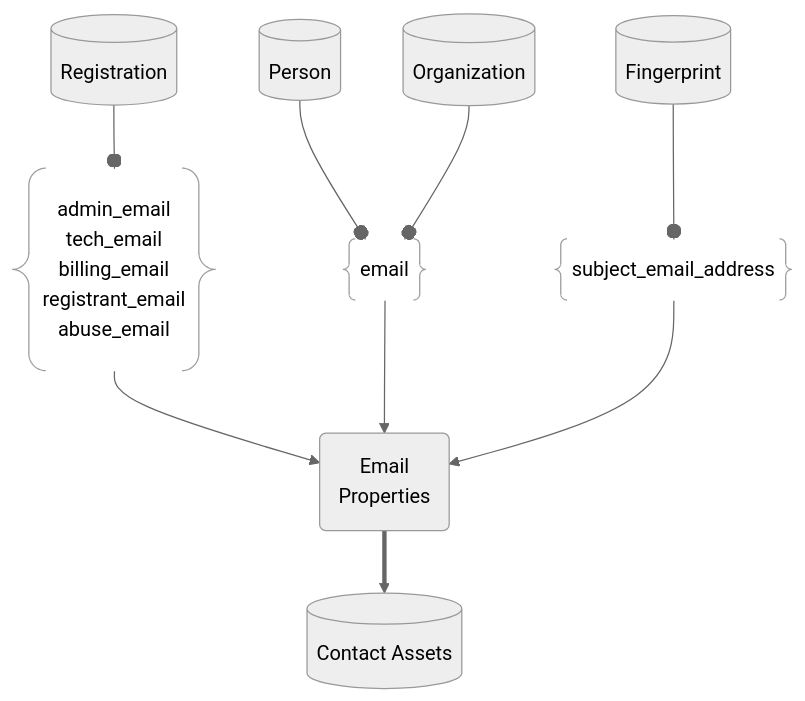
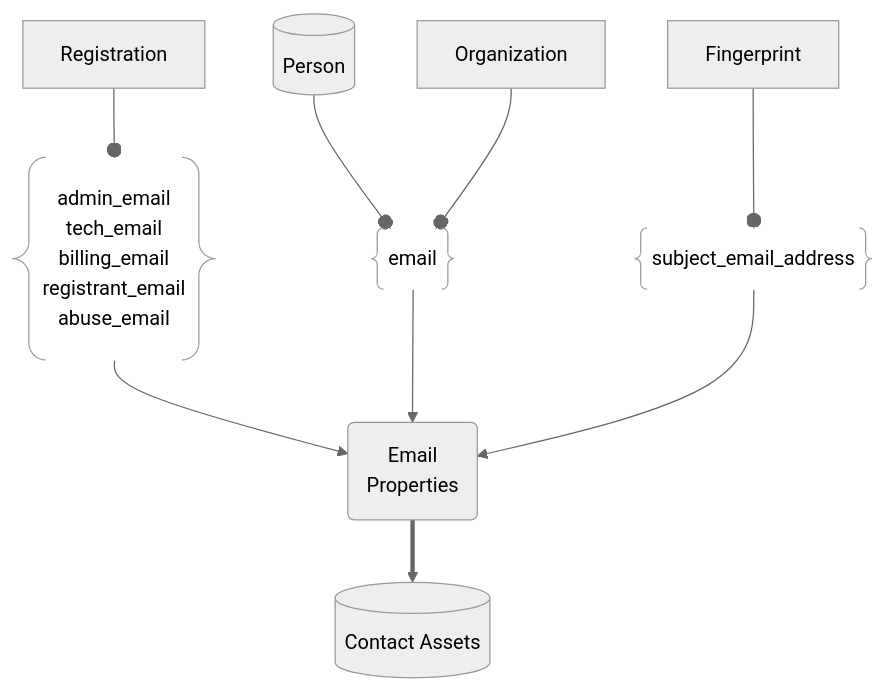
The diagram in docs/open-asset-model/contact.md (owasp-amass/docs), drawn with Mermaid (neutral theme) before and after one commit.

````diff
--- a/docs/open-asset-model/contact.md
+++ b/docs/open-asset-model/contact.md
@@ -38,32 +38,32 @@
 ``` mermaid
 graph TD
 Contact[("Contact Assets")]
 Email("Email
 Properties")
 
 Email ==> Contact
 
 Person[("Person")]
-Organization[("Organization")]
-TLSCertificate[("Fingerprint")]
-Registration[("Registration")]
+Organization["Organization"]
+TLSCertificate["Fingerprint"]
+Registration["Registration"]
 
 registrationEmail@{ shape: braces, label: "admin_email
 tech_email
 billing_email
 registrant_email
 abuse_email"}
 
 personEmail@{ shape: braces, label: "email"}
 tlsEmail@{ shape: braces, label: "subject_email_address"}
 
 registrationEmail --> Email
 Registration --o registrationEmail
 
 personEmail --> Email
 Person --o personEmail
 Organization --o personEmail 
 
 tlsEmail --> Email
 TLSCertificate --o tlsEmail
 ```
````
